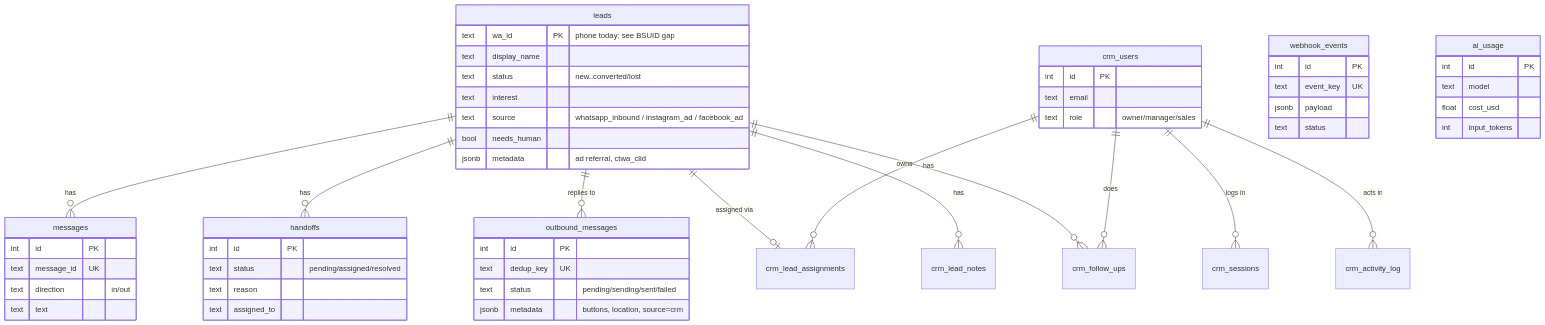
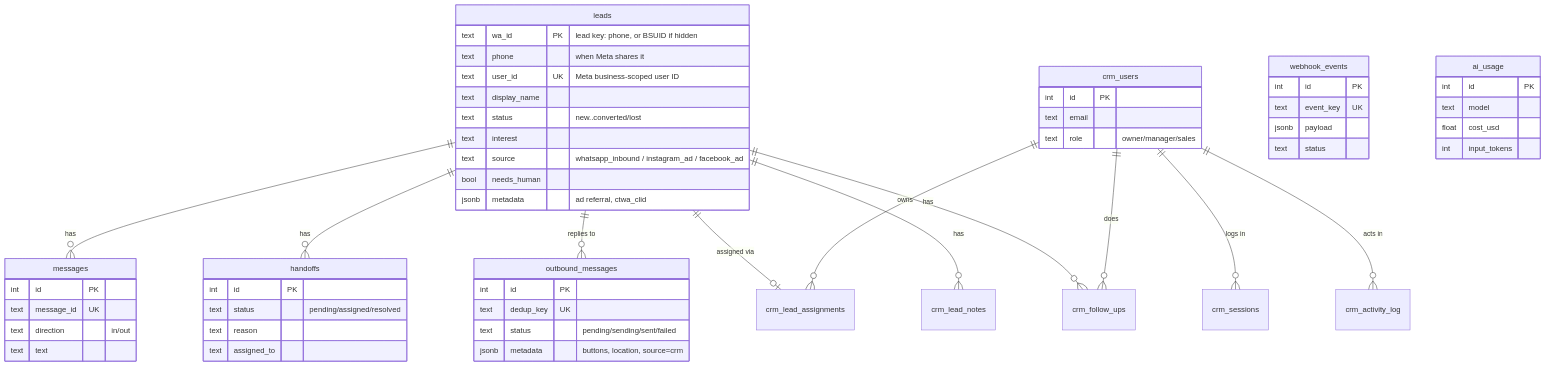
The fifth of 6 diagrams in docs/ARCHITECTURE.md (kaamilstudiesig/GKF-WA), drawn with Mermaid before and after one commit. The commit also changed other lines of this file and 22 other files, not shown here.

First line of the commit message:
feat(K1): support WhatsApp users who hide their phone (BSUID)

````diff
--- a/docs/ARCHITECTURE.md
+++ b/docs/ARCHITECTURE.md
@@ -148,58 +148,60 @@
 ```mermaid
 erDiagram
   leads ||--o{ messages : has
   leads ||--o{ handoffs : has
   leads ||--o{ outbound_messages : "replies to"
   leads ||--o| crm_lead_assignments : "assigned via"
   leads ||--o{ crm_lead_notes : has
   leads ||--o{ crm_follow_ups : has
   crm_users ||--o{ crm_lead_assignments : owns
   crm_users ||--o{ crm_follow_ups : does
   crm_users ||--o{ crm_sessions : "logs in"
   crm_users ||--o{ crm_activity_log : "acts in"
 
   leads {
-    text wa_id PK "phone today; see BSUID gap"
+    text wa_id PK "lead key: phone, or BSUID if hidden"
+    text phone "when Meta shares it"
+    text user_id UK "Meta business-scoped user ID"
     text display_name
     text status "new..converted/lost"
     text interest
     text source "whatsapp_inbound / instagram_ad / facebook_ad"
     bool needs_human
     jsonb metadata "ad referral, ctwa_clid"
   }
   messages {
     int id PK
     text message_id UK
     text direction "in/out"
     text text
   }
   handoffs {
     int id PK
     text status "pending/assigned/resolved"
     text reason
     text assigned_to
   }
   outbound_messages {
     int id PK
     text dedup_key UK
     text status "pending/sending/sent/failed"
     jsonb metadata "buttons, location, source=crm"
   }
   webhook_events {
     int id PK
     text event_key UK
     jsonb payload
     text status
   }
   ai_usage {
     int id PK
     text model
     float cost_usd
     int input_tokens
   }
   crm_users {
     int id PK
     text email
     text role "owner/manager/sales"
   }
 ```
````
